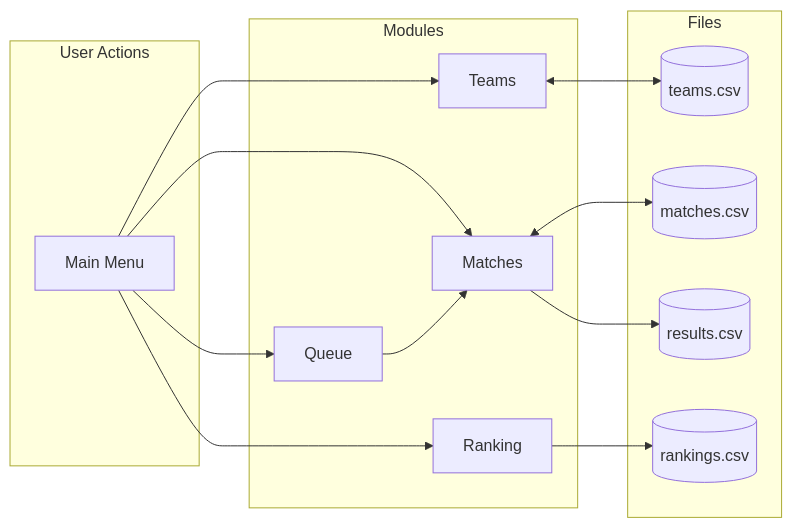
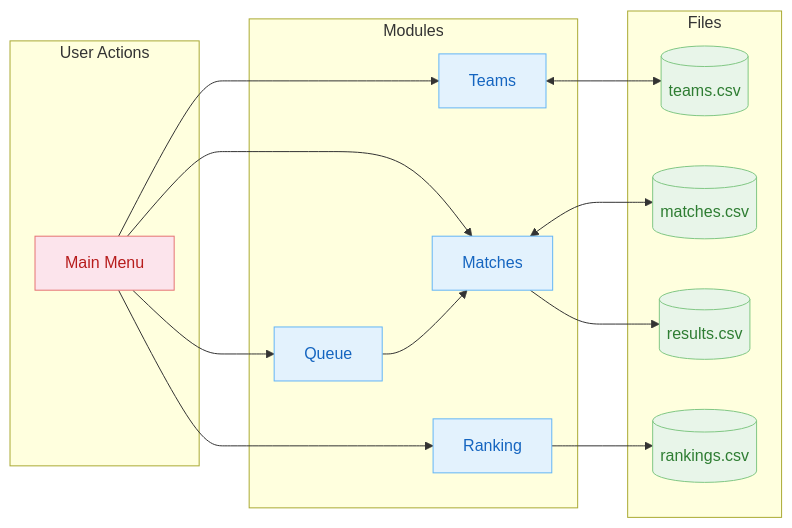
The first of 18 diagrams in README.md (khanhthanhdev/CompSys), drawn with Mermaid before and after one commit. The commit also changed other lines of this file and 8 other files, not shown here.

````diff
--- a/README.md
+++ b/README.md
@@ -110,31 +110,35 @@
 ```mermaid
 flowchart LR
+    classDef userStyle fill:#fce4ec,stroke:#e57373,color:#b71c1c
+    classDef modStyle fill:#e3f2fd,stroke:#64b5f6,color:#1565c0
+    classDef fileStyle fill:#e8f5e9,stroke:#81c784,color:#2e7d32
+
     subgraph User["User Actions"]
-        Menu[Main Menu]
+        Menu[Main Menu]:::userStyle
     end
     
     subgraph Modules["Modules"]
-        Teams[Teams]
-        Matches[Matches]
-        Queue[Queue]
-        Ranking[Ranking]
+        Teams[Teams]:::modStyle
+        Matches[Matches]:::modStyle
+        Queue[Queue]:::modStyle
+        Ranking[Ranking]:::modStyle
     end
     
     subgraph Files["Files"]
-        T[(teams.csv)]
-        M[(matches.csv)]
-        R[(results.csv)]
-        K[(rankings.csv)]
+        T[(teams.csv)]:::fileStyle
+        M[(matches.csv)]:::fileStyle
+        R[(results.csv)]:::fileStyle
+        K[(rankings.csv)]:::fileStyle
     end
     
     Menu --> Teams
     Menu --> Matches
     Menu --> Queue
     Menu --> Ranking
     
     Teams <--> T
     Matches <--> M
     Matches --> R
     Ranking --> K
     Queue --> Matches
 ```
````
